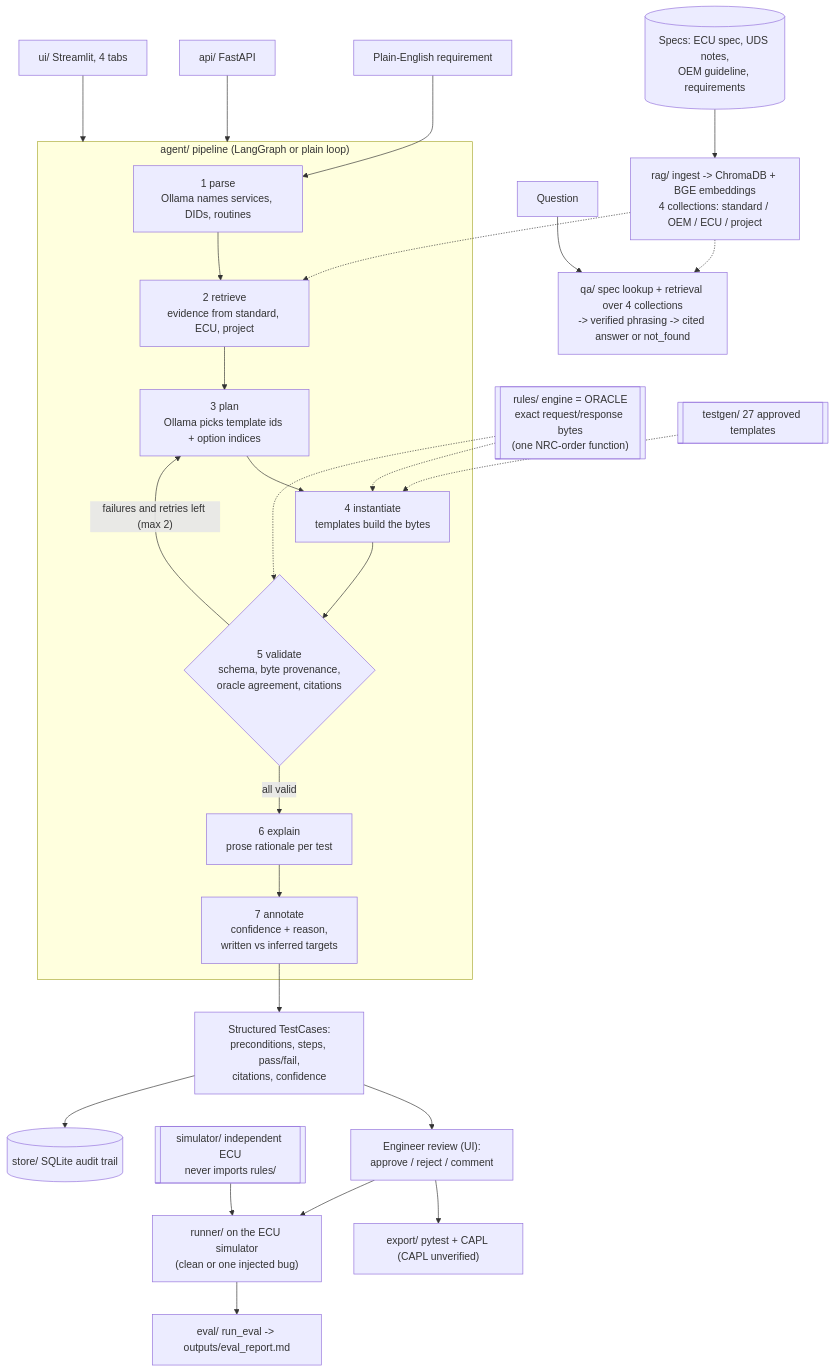
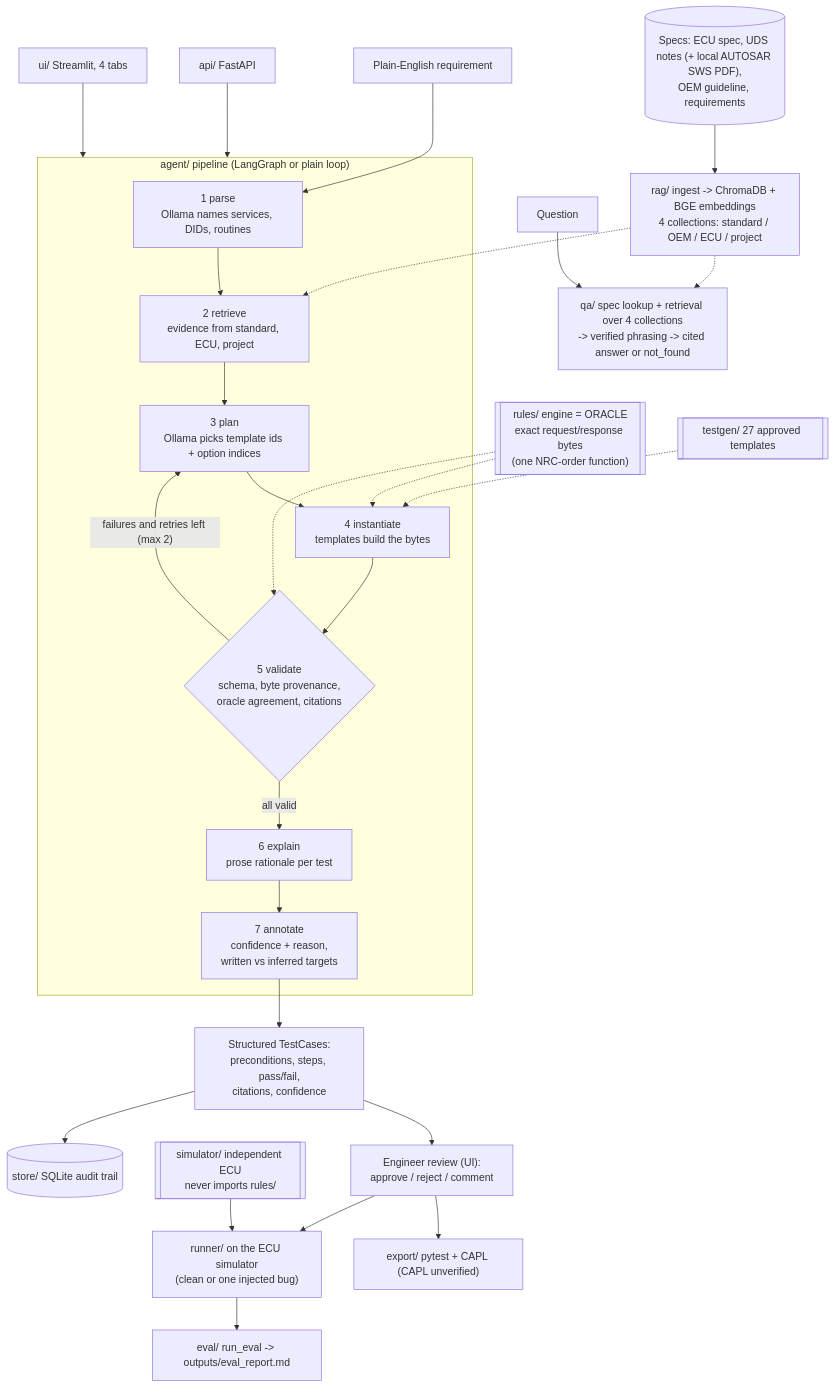
The diagram in docs/ARCHITECTURE.md (satyakarthikeya/tata_tech), drawn with Mermaid before and after one commit. The commit also changed 25 other files, not shown here.

````diff
--- a/docs/ARCHITECTURE.md
+++ b/docs/ARCHITECTURE.md
@@ -5,35 +5,35 @@
 ```mermaid
 flowchart TD
-    SRC[("Specs: ECU spec, UDS notes,<br/>OEM guideline, requirements")] --> ING["rag/ ingest -> ChromaDB + BGE embeddings<br/>4 collections: standard / OEM / ECU / project"]
+    SRC[("Specs: ECU spec, UDS notes (+ local AUTOSAR SWS PDF),<br/>OEM guideline, requirements")] --> ING["rag/ ingest -> ChromaDB + BGE embeddings<br/>4 collections: standard / OEM / ECU / project"]
     REQ["Plain-English requirement"] --> PARSE
 
     subgraph AGENT["agent/ pipeline (LangGraph or plain loop)"]
         PARSE["1 parse<br/>Ollama names services, DIDs, routines"] --> RETRIEVE
         RETRIEVE["2 retrieve<br/>evidence from standard, ECU, project"] --> PLAN
         PLAN["3 plan<br/>Ollama picks template ids + option indices"] --> INST
         INST["4 instantiate<br/>templates build the bytes"] --> VAL
         VAL{"5 validate<br/>schema, byte provenance,<br/>oracle agreement, citations"}
         VAL -- "all valid" --> EXPL["6 explain<br/>prose rationale per test"]
         EXPL --> ANN["7 annotate<br/>confidence + reason,<br/>written vs inferred targets"]
         VAL -- "failures and retries left (max 2)" --> PLAN
     end
 
     ING -.-> RETRIEVE
     ORACLE[["rules/ engine = ORACLE<br/>exact request/response bytes<br/>(one NRC-order function)"]] -.-> INST
     ORACLE -.-> VAL
     TPL[["testgen/ 27 approved templates"]] -.-> INST
 
     ANN --> TESTS["Structured TestCases:<br/>preconditions, steps, pass/fail,<br/>citations, confidence"]
     TESTS --> REVIEW["Engineer review (UI):<br/>approve / reject / comment"]
     REVIEW --> EXPORT["export/ pytest + CAPL (CAPL unverified)"]
     REVIEW --> RUNNER["runner/ on the ECU simulator<br/>(clean or one injected bug)"]
     SIM[["simulator/ independent ECU<br/>never imports rules/"]] --> RUNNER
     RUNNER --> REPORT["eval/ run_eval -> outputs/eval_report.md"]
     TESTS --> STORE[("store/ SQLite audit trail")]
 
     Q["Question"] --> QA["qa/ spec lookup + retrieval over 4 collections<br/>-> verified phrasing -> cited answer or not_found"]
     ING -.-> QA
 
     API["api/ FastAPI"] --> AGENT
     UI["ui/ Streamlit, 4 tabs"] --> AGENT
 ```
````
